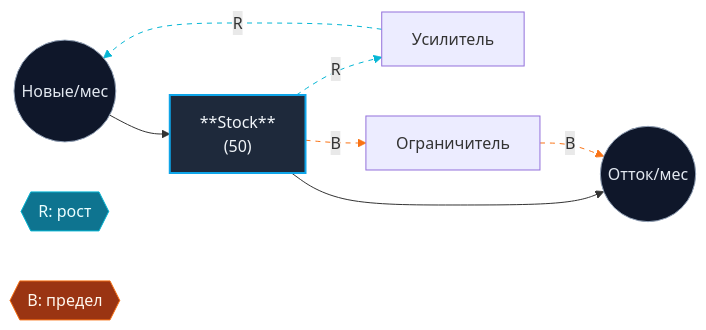
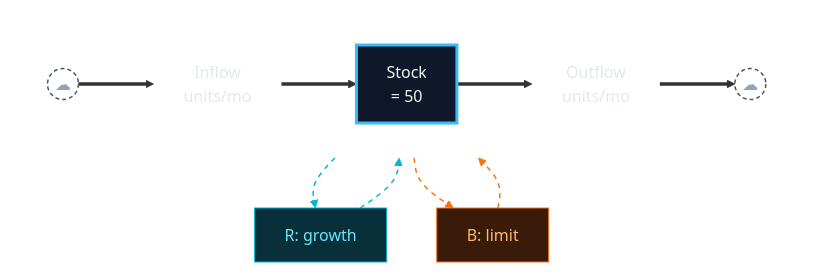
Before and after one commit to BayramAnnakov/systems-thinking-skills: the first of 2 diagrams in skills/ai-systems-coach/SKILL.md, drawn with Mermaid. The commit also changed other lines of this file and 2 other files, not shown here.

First line of the commit message:
Translate skill to English, switch to interactive 3-phase flow, redesign Mermaid

````diff
--- a/skills/ai-systems-coach/SKILL.md
+++ b/skills/ai-systems-coach/SKILL.md
@@ -119,27 +160,37 @@
 ```mermaid
-graph LR
-  classDef stock fill:#1e293b,stroke:#0ea5e9,stroke-width:2px,color:#f1f5f9;
-  classDef flow fill:#0f172a,stroke:#94a3b8,stroke-width:1px,color:#e2e8f0;
-  classDef loopR fill:#0e7490,stroke:#06b6d4,color:#ecfeff;
-  classDef loopB fill:#9a3412,stroke:#f97316,color:#fff7ed;
+flowchart TB
+  classDef stock fill:#0f172a,stroke:#38bdf8,stroke-width:3px,color:#f1f5f9
+  classDef cloud fill:transparent,stroke:#475569,stroke-width:1.5px,stroke-dasharray:4 3,color:#94a3b8
+  classDef rate fill:transparent,stroke:transparent,color:#e2e8f0
+  classDef loopR fill:#082f3a,stroke:#06b6d4,stroke-width:1px,color:#67e8f9
+  classDef loopB fill:#3a1a08,stroke:#f97316,stroke-width:1px,color:#fdba74
 
-  Inflow(("Новые/мес")):::flow
-  Stock["**Stock**<br/>(50)"]:::stock
-  Outflow(("Отток/мес")):::flow
-  Aux1["Усилитель"]
-  Aux2["Ограничитель"]
-  R1{{"R: рост"}}:::loopR
-  B1{{"B: предел"}}:::loopB
+  Rloop["R: growth"]:::loopR
 
-  Inflow --> Stock
-  Stock --> Outflow
-  Stock -.->|R| Aux1
-  Aux1 -.->|R| Inflow
-  Stock -.->|B| Aux2
-  Aux2 -.->|B| Outflow
+  subgraph pipe [" "]
+    direction LR
+    Src(("☁")):::cloud
+    In["Inflow<br/>units/mo"]:::rate
+    S["Stock<br/>= 50"]:::stock
+    Out["Outflow<br/>units/mo"]:::rate
+    Snk(("☁")):::cloud
+    Src ==> In
+    In ==> S
+    S ==> Out
+    Out ==> Snk
+  end
 
-  linkStyle 2 stroke:#06b6d4,stroke-dasharray: 5 5
-  linkStyle 3 stroke:#06b6d4,stroke-dasharray: 5 5
-  linkStyle 4 stroke:#f97316,stroke-dasharray: 5 5
-  linkStyle 5 stroke:#f97316,stroke-dasharray: 5 5
+  Bloop["B: limit"]:::loopB
+
+  S -.-> Rloop
+  Rloop -.-> S
+  S -.-> Bloop
+  Bloop -.-> S
+
+  style pipe fill:transparent,stroke:transparent
+
+  linkStyle 4 stroke:#06b6d4,stroke-width:1.5px,stroke-dasharray:5 5
+  linkStyle 5 stroke:#06b6d4,stroke-width:1.5px,stroke-dasharray:5 5
+  linkStyle 6 stroke:#f97316,stroke-width:1.5px,stroke-dasharray:5 5
+  linkStyle 7 stroke:#f97316,stroke-width:1.5px,stroke-dasharray:5 5
 ```
````
